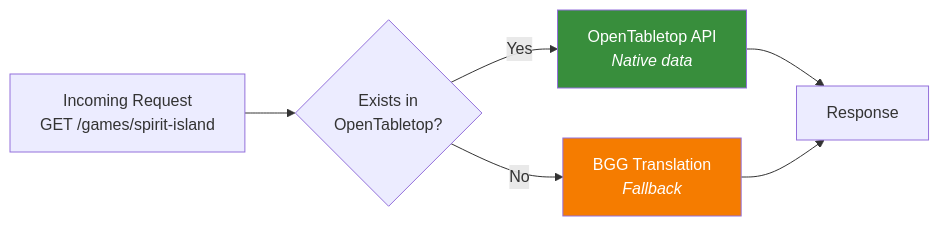
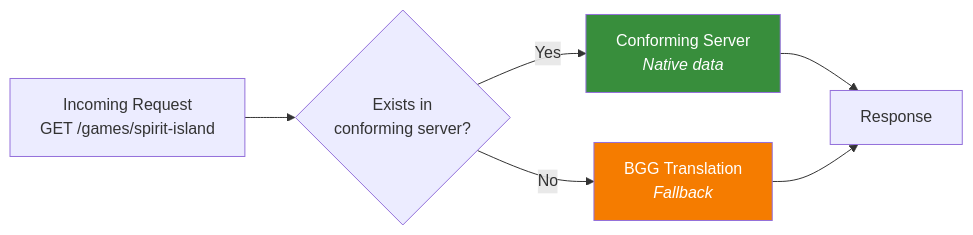
One commit to tabletop-commons/OpenTabletop changed the second of 2 diagrams in docs/src/architecture/legacy-migration.md. Above: the diagram before and after it, drawn with Mermaid. The commit also changed other lines of this file and 68 other files, not shown here.

````diff
--- a/docs/src/architecture/legacy-migration.md
+++ b/docs/src/architecture/legacy-migration.md
@@ -65,20 +65,20 @@
 ```mermaid
 flowchart LR
     REQ["Incoming Request<br/>GET /games/spirit-island"]
 
-    CHECK{"Exists in<br/>OpenTabletop?"}
+    CHECK{"Exists in<br/>conforming server?"}
 
-    OBG["OpenTabletop API<br/><i>Native data</i>"]
+    OBG["Conforming Server<br/><i>Native data</i>"]
     BGG["BGG Translation<br/><i>Fallback</i>"]
 
     RESP["Response"]
 
     REQ --> CHECK
     CHECK -->|Yes| OBG
     CHECK -->|No| BGG
     OBG --> RESP
     BGG --> RESP
 
     style OBG fill:#388e3c,color:#fff
     style BGG fill:#f57c00,color:#fff
 ```
````
